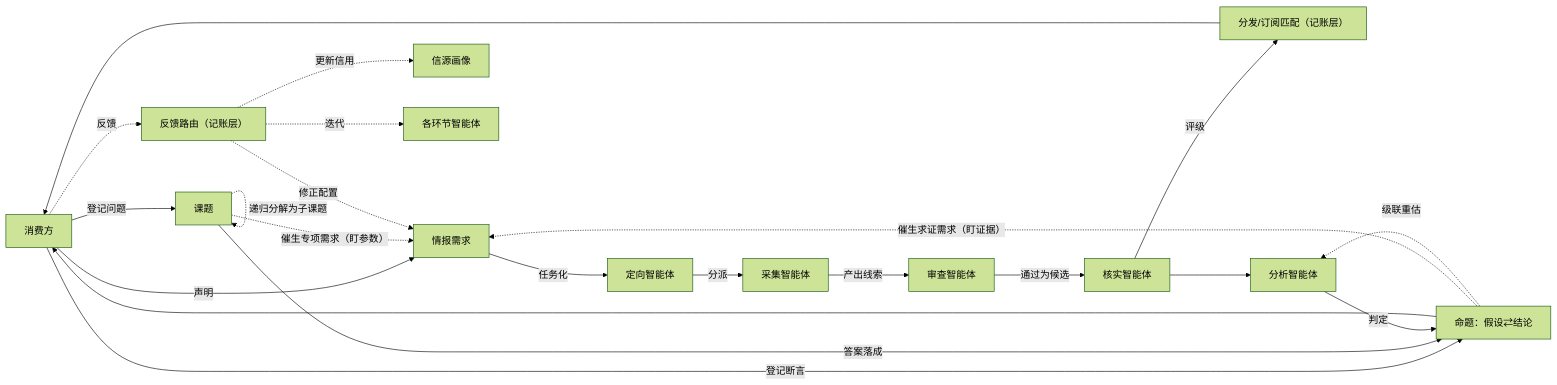
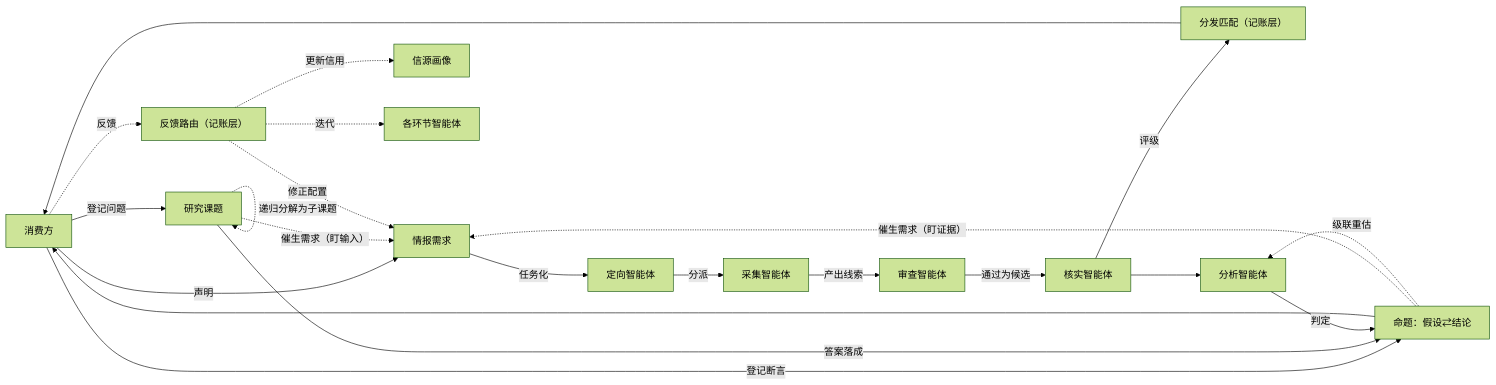
Before and after one commit to leoricmaster/iih: the first of 7 diagrams in backlog/docs/doc-02 - 领域模型-Domain-Model.md, drawn with Mermaid (forest theme). The commit also changed other lines of this file and 6 other files, not shown here.

Commit message:
术语收敛与术语表面向人类重写：需求类型退役（限时=生效窗口、催生=随结题关）；「盯参数」改「盯输入」；「一等对象」行话清除；消费方边界入表（智能体读情报属生产环节）；走查改框架（合资传闻=世界递来的断言，判断题不入研究课题）；推理记录补输入值快照（取判定时点）；术语表新增示例列、表下注改带标题条目；课题改名研究课题并七文档同步

````diff
--- a/backlog/docs/doc-02 - 领域模型-Domain-Model.md
+++ b/backlog/docs/doc-02 - 领域模型-Domain-Model.md
@@ -20,24 +20,24 @@
 ```mermaid
 flowchart LR
     C[消费方] -->|声明| R[情报需求]
-    C -->|登记问题| QT[课题]
+    C -->|登记问题| QT[研究课题]
     C -->|登记断言| CL[命题：假设⇄结论]
     QT -->|答案落成| CL
     R -->|任务化| D[定向智能体]
     D -->|分派| CO[采集智能体]
     CO -->|产出线索| RV[审查智能体]
     RV -->|通过为候选| VF[核实智能体]
-    VF -->|评级| DS[分发/订阅匹配（记账层）]
+    VF -->|评级| DS[分发匹配（记账层）]
     DS --> C
     VF --> AN[分析智能体]
     AN -->|判定| CL
     CL --> C
-    QT -.->|催生专项需求（盯参数）| R
-    CL -.->|催生求证需求（盯证据）| R
+    QT -.->|催生需求（盯输入）| R
+    CL -.->|催生需求（盯证据）| R
     CL -.->|级联重估| AN
     QT -.->|递归分解为子课题| QT
     C -.->|反馈| FB[反馈路由（记账层）]
     FB -.->|更新信用| SP[信源画像]
     FB -.->|修正配置| R
     FB -.->|迭代| AG[各环节智能体]
 ```
````
